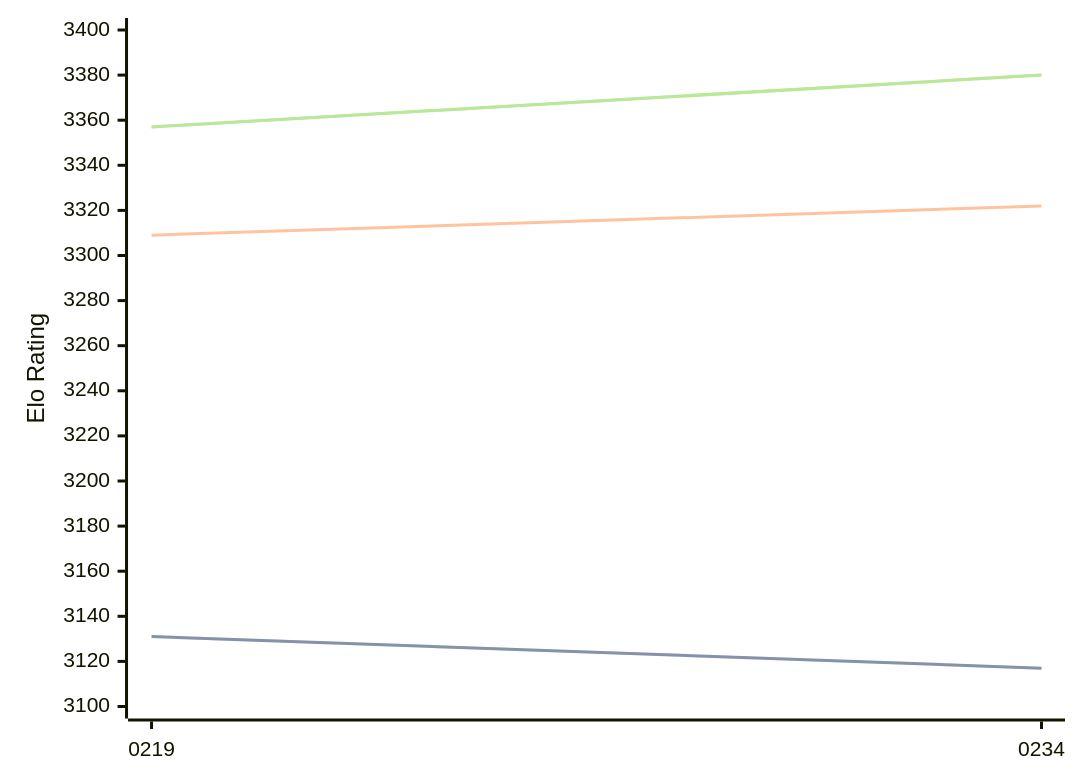
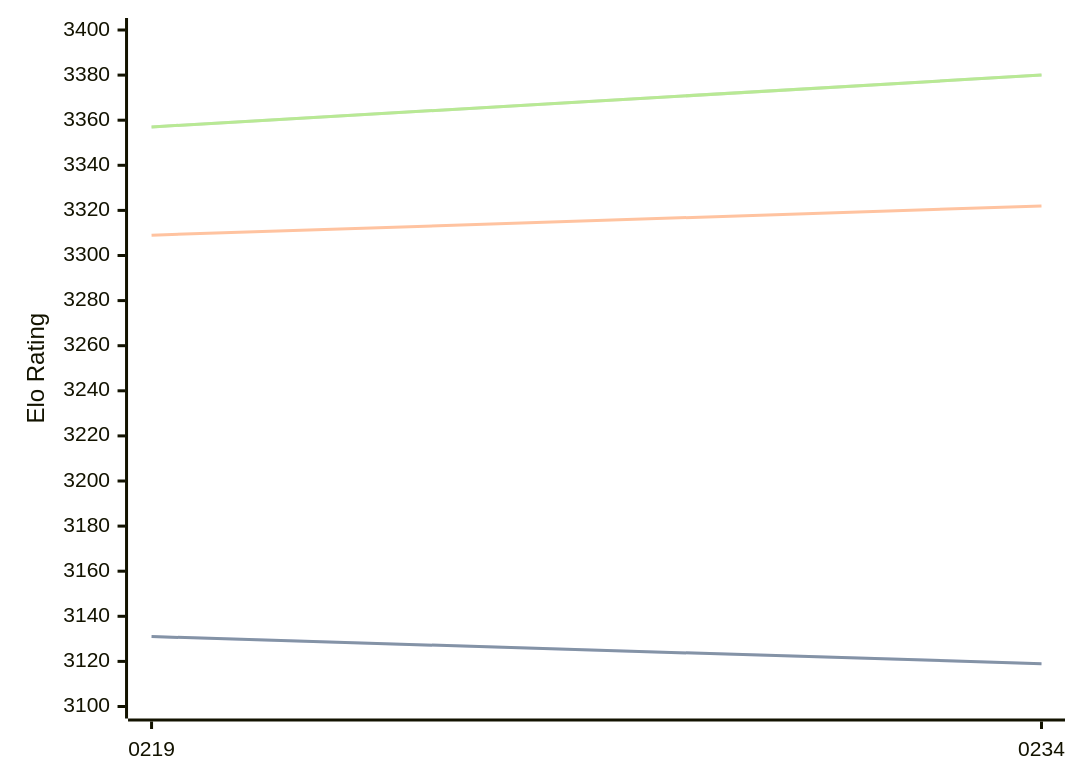
The first of 3 diagrams in engines/Ynode.md (computer-chess-index/cci), drawn with Mermaid before and after one commit. The commit also changed other lines of this file, not shown here.

````diff
--- a/engines/Ynode.md
+++ b/engines/Ynode.md
@@ -39,11 +39,11 @@
 ```mermaid
 %%{init: {"theme":"base","themeVariables":{"seriesColors:['#a3a3a3','#222221','#faa371']}}}%%
 xychart-beta
   x-axis ["0219", "0234"]
   y-axis "Elo Rating" 3100 --> 3400
-  line "STC (8.0+0.08s)" [3131, 3117]
-  line "STC (8.0+0.08s)" [3131, 3117]
+  line "STC (8.0+0.08s)" [3131, 3119]
+  line "STC (8.0+0.08s)" [3131, 3119]
   line "LTC (60.0+0.60s)" [3309, 3322]
   line "VLTC (2m24s+1.12s)" [3357, 3380]
   line "VLTC (2m24s+1.12s)" [3357, 3380]
 ```
````
